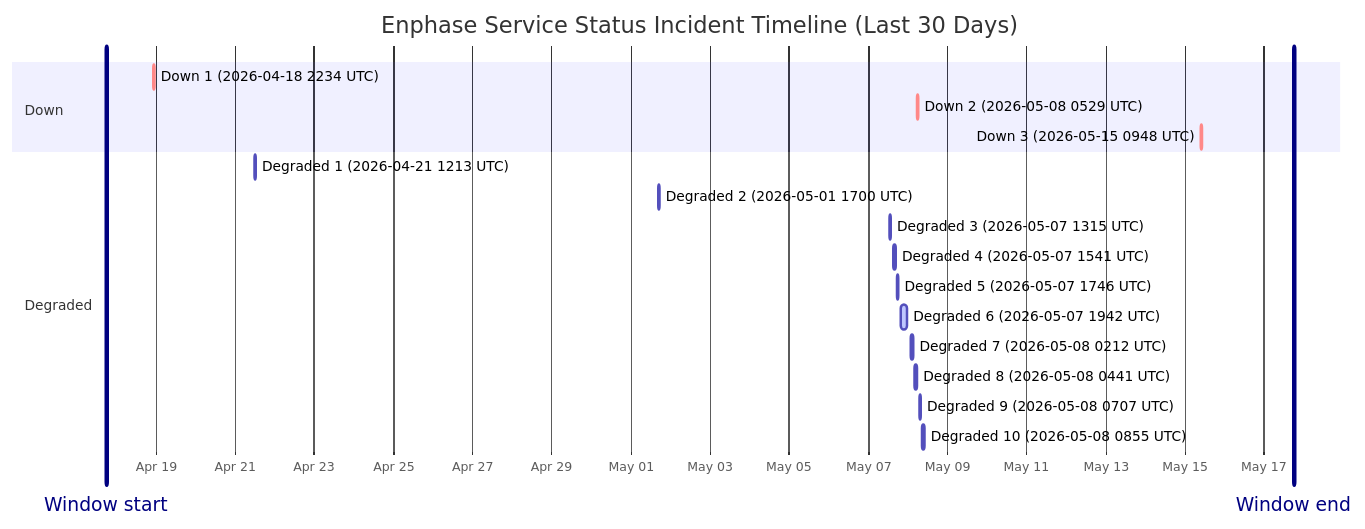
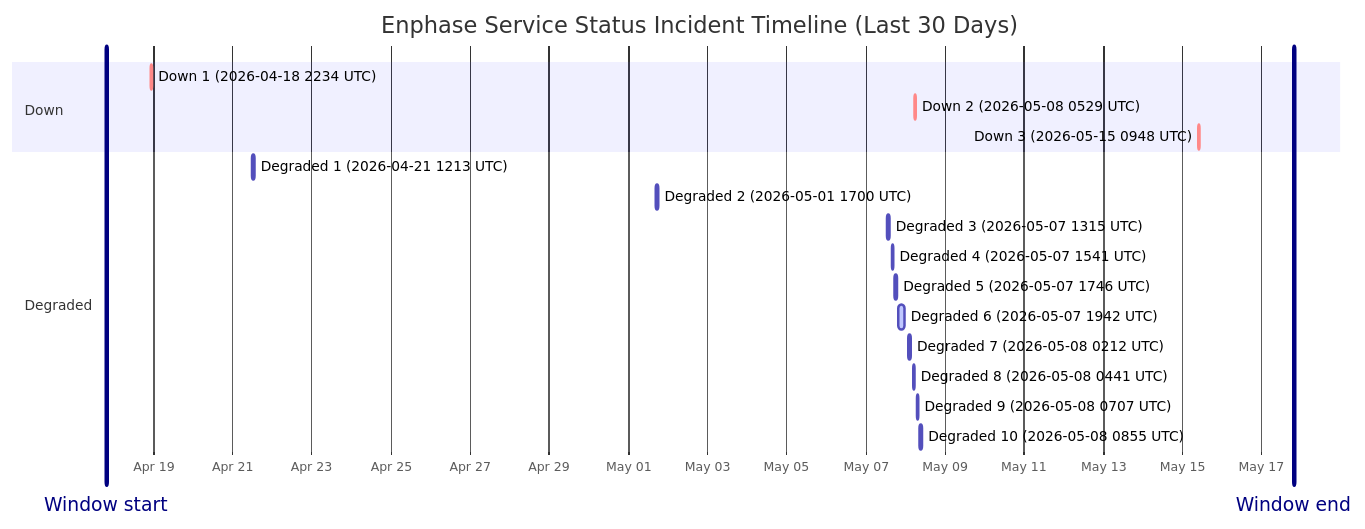
Before and after one commit to barneyonline/ha-enphase-ev-charger: the diagram in wiki/Service-Status-History.md, drawn with Mermaid. The commit also changed other lines of this file and 3 other files, not shown here.

````diff
--- a/wiki/Service-Status-History.md
+++ b/wiki/Service-Status-History.md
@@ -14,23 +14,23 @@
 ```mermaid
 gantt
     title Enphase Service Status Incident Timeline (Last 30 Days)
     dateFormat  YYYY-MM-DDTHH:mm:ss
     axisFormat  %b %d
-    Window start :vert, window-start, 2026-04-17T17:58:25, 0ms
-    Window end :vert, window-end, 2026-05-17T17:58:25, 0ms
+    Window start :vert, window-start, 2026-04-17T19:20:00, 0ms
+    Window end :vert, window-end, 2026-05-17T19:20:00, 0ms
     section Down
     Down 1 (2026-04-18 2234 UTC) :crit, down-1, 2026-04-18T22:34:13, 60m
     Down 2 (2026-05-08 0529 UTC) :crit, down-2, 2026-05-08T05:29:47, 60m
     Down 3 (2026-05-15 0948 UTC) :crit, down-3, 2026-05-15T09:48:18, 60m
     section Degraded
     Degraded 1 (2026-04-21 1213 UTC) :active, degraded-1, 2026-04-21T12:13:11, 60m
     Degraded 2 (2026-05-01 1700 UTC) :active, degraded-2, 2026-05-01T17:00:22, 60m
     Degraded 3 (2026-05-07 1315 UTC) :active, degraded-3, 2026-05-07T13:15:25, 60m
     Degraded 4 (2026-05-07 1541 UTC) :active, degraded-4, 2026-05-07T15:41:58, 60m
     Degraded 5 (2026-05-07 1746 UTC) :active, degraded-5, 2026-05-07T17:46:51, 60m
     Degraded 6 (2026-05-07 1942 UTC) :active, degraded-6, 2026-05-07T19:42:10, 249m
     Degraded 7 (2026-05-08 0212 UTC) :active, degraded-7, 2026-05-08T02:12:39, 60m
     Degraded 8 (2026-05-08 0441 UTC) :active, degraded-8, 2026-05-08T04:41:46, 60m
     Degraded 9 (2026-05-08 0707 UTC) :active, degraded-9, 2026-05-08T07:07:30, 60m
     Degraded 10 (2026-05-08 0855 UTC) :active, degraded-10, 2026-05-08T08:55:20, 88m
 ```
````
